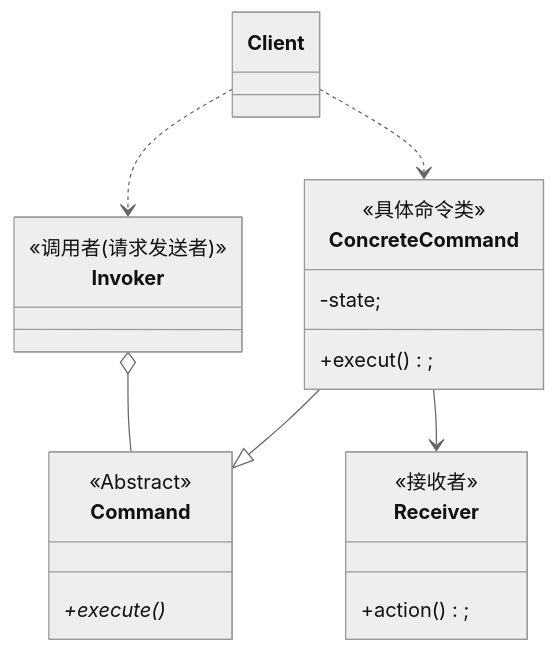
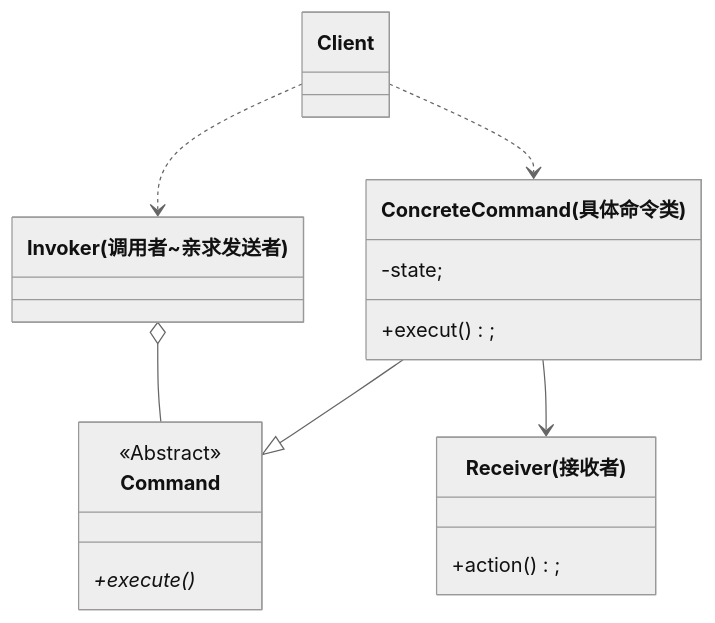
The diagram in design_model/src/main/resources/行为型模式/命令模式/命令模式.md (lyszhen3/myWeb), drawn with Mermaid (neutral theme) before and after one commit. The commit also changed 6 other files, not shown here.

````diff
--- a/design_model/src/main/resources/行为型模式/命令模式/命令模式.md
+++ b/design_model/src/main/resources/行为型模式/命令模式/命令模式.md
@@ -49,24 +49,21 @@
 ```mermaid
 classDiagram
     class Command {
         <<Abstract>>
         +execute()*
     }
-    class ConcreteCommand {
-        <<具体命令类>>
+    class ConcreteCommand ["ConcreteCommand(具体命令类)"]{
         -state;
         +execut();
     }
-    class Invoker {
-        <<调用者(请求发送者)>>
+    class Invoker ["Invoker(调用者~亲求发送者)"]{
     }
-    class Receiver {
-        <<接收者>>
+    class Receiver ["Receiver(接收者)"]{
         +action();
     }
     ConcreteCommand --|> Command
     ConcreteCommand --> Receiver
     Invoker o-- Command
     Client ..> Invoker
     Client ..> ConcreteCommand
 ```
````
